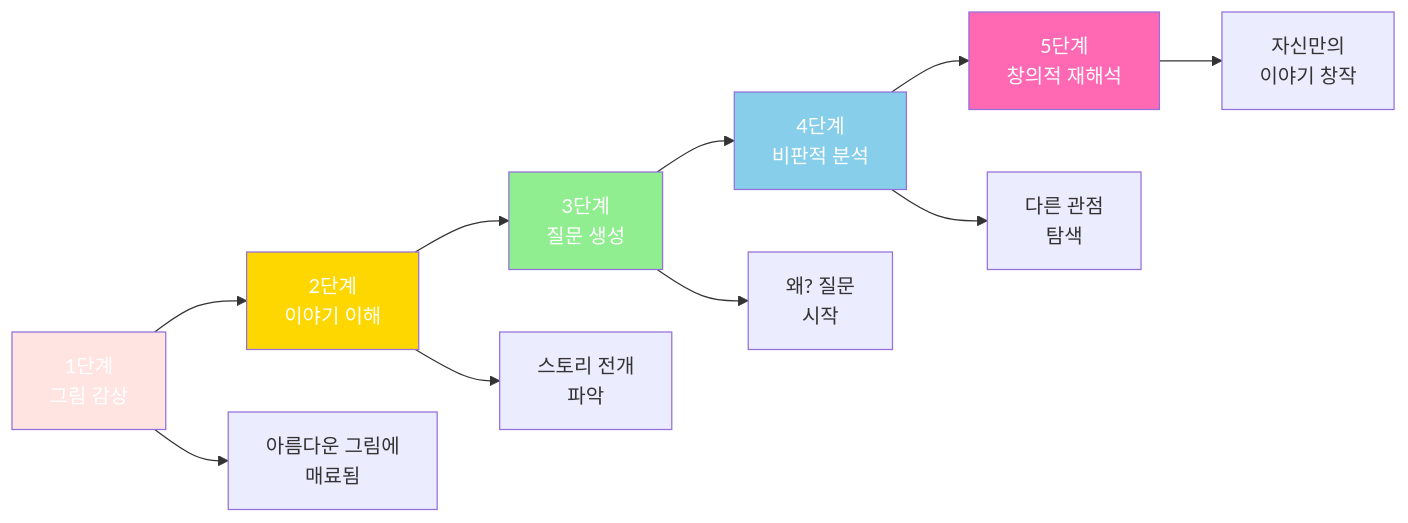
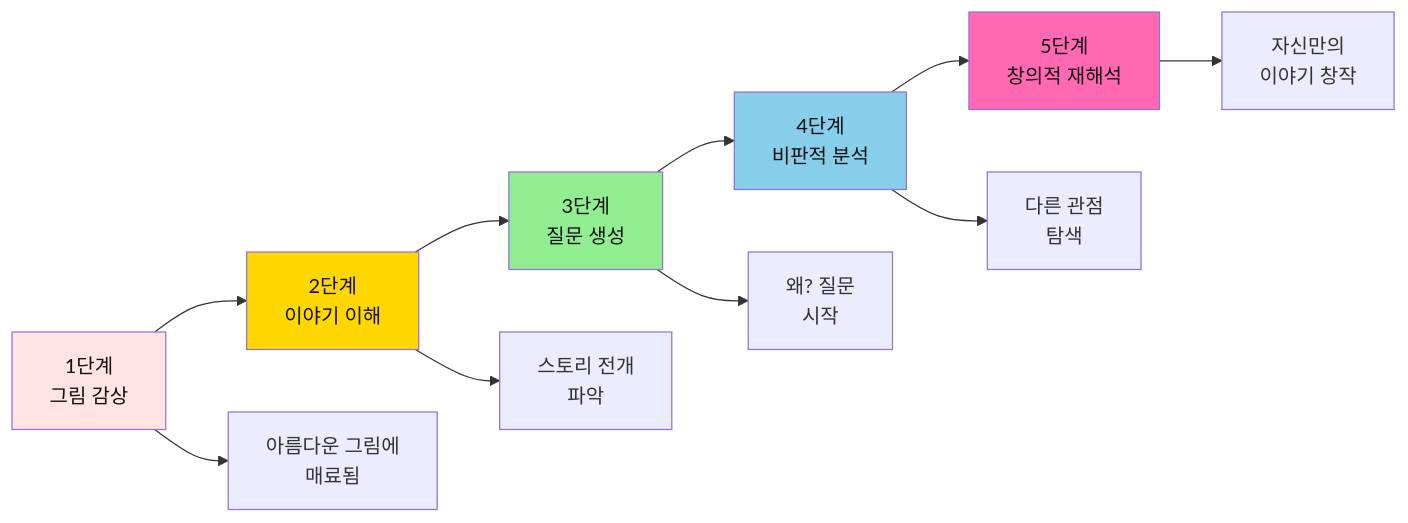
Diagram 30 of 37 in 2단계_유아초등교육커리큘럼.md (Collegenie-X/froebel), drawn with Mermaid before and after one commit. The commit also changed other lines of this file and 2 other files, not shown here.

````diff
--- a/2단계_유아초등교육커리큘럼.md
+++ b/2단계_유아초등교육커리큘럼.md
@@ -968,19 +1386,19 @@
 ```mermaid
 graph LR
     A[1단계<br/>그림 감상] --> B[2단계<br/>이야기 이해]
     B --> C[3단계<br/>질문 생성]
     C --> D[4단계<br/>비판적 분석]
     D --> E[5단계<br/>창의적 재해석]
     
     A --> A1[아름다운 그림에<br/>매료됨]
     B --> B1[스토리 전개<br/>파악]
     C --> C1["왜?" 질문<br/>시작]
     D --> D1[다른 관점<br/>탐색]
     E --> E1[자신만의<br/>이야기 창작]
     
-    style A fill:#FFE4E1,color:#fff
-    style B fill:#FFD700,color:#fff
-    style C fill:#90EE90,color:#fff
-    style D fill:#87CEEB,color:#fff
-    style E fill:#FF69B4,color:#fff
+    style A fill:#FFE4E1,color:#111
+    style B fill:#FFD700,color:#111
+    style C fill:#90EE90,color:#111
+    style D fill:#87CEEB,color:#111
+    style E fill:#FF69B4,color:#111
 ```
````
